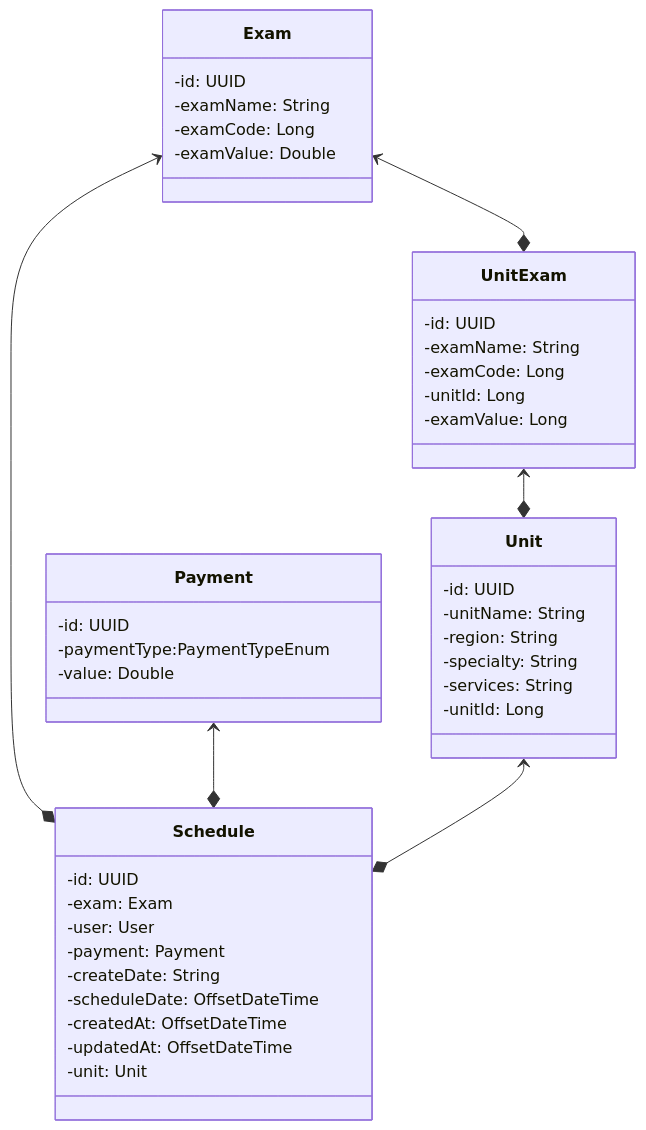
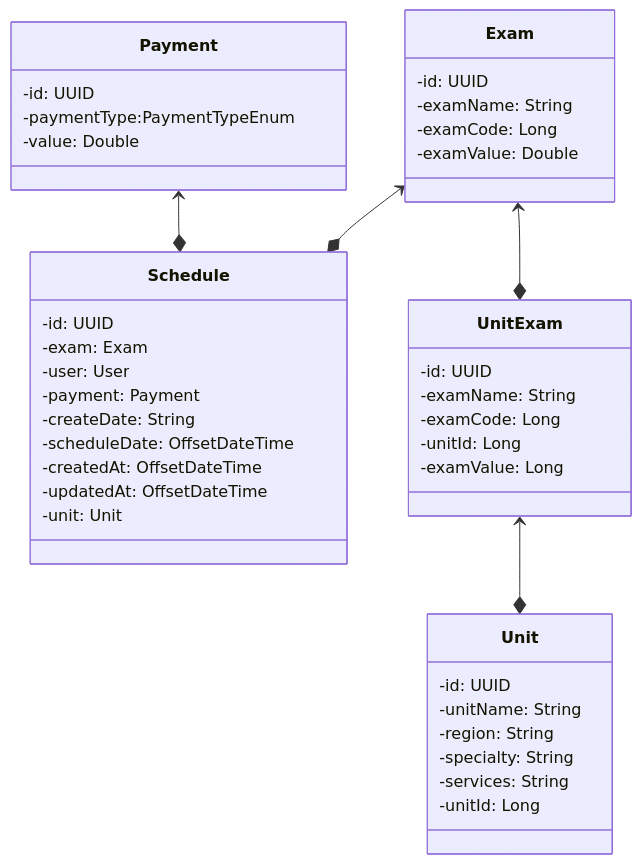
Before and after one commit to leaandropinheiro/CheckApp: the diagram in README.md, drawn with Mermaid.

````diff
--- a/README.md
+++ b/README.md
@@ -29,51 +29,50 @@
 ```mermaid
 classDiagram
 
     class Exam {
         -id: UUID
         -examName: String
         -examCode: Long
         -examValue: Double
     }
 
     class Schedule {
         -id: UUID
         -exam: Exam
         -user: User
         -payment: Payment
         -createDate: String
         -scheduleDate: OffsetDateTime
         -createdAt: OffsetDateTime
         -updatedAt: OffsetDateTime
         -unit: Unit
     }
 
     class Unit {
         -id: UUID
         -unitName: String
         -region: String
         -specialty: String
         -services: String
         -unitId: Long
     }
 
     class UnitExam {
         -id: UUID
         -examName: String
         -examCode: Long
         -unitId: Long
         -examValue: Long
     }
 
     class Payment{
         -id: UUID
         -paymentType:PaymentTypeEnum
         -value: Double
     }
 
     Exam <--* Schedule
     Payment <--* Schedule
-    Unit <--* Schedule
     UnitExam <--* Unit
     Exam <--* UnitExam
 ```
````
